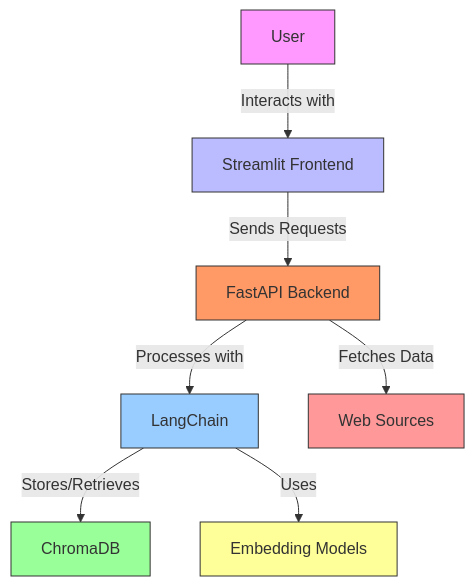
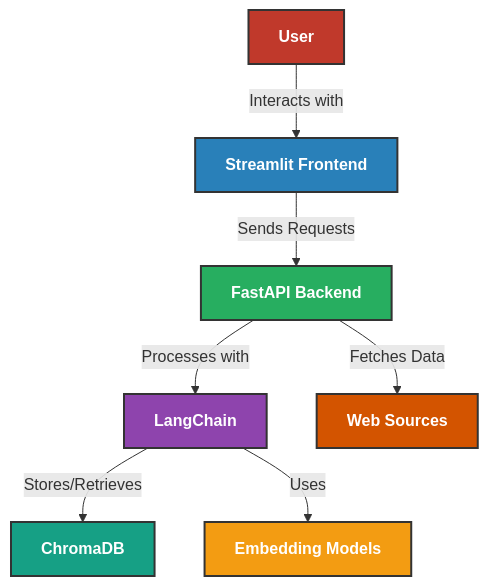
One commit to Abhiprameesh/AI-Web-Intelligence-Research-Assistant changed the diagram in README.md. Above: the diagram before and after it, drawn with Mermaid. The commit also changed 1 other file, not shown here.

Commit message:
everything is added along with the readme

````diff
--- a/README.md
+++ b/README.md
@@ -26,17 +26,17 @@
 ```mermaid
 graph TD
     A[User] -->|Interacts with| B[Streamlit Frontend]
     B -->|Sends Requests| C[FastAPI Backend]
     C -->|Processes with| D[LangChain]
     D -->|Stores/Retrieves| E[ChromaDB]
     D -->|Uses| F[Embedding Models]
     C -->|Fetches Data| G[Web Sources]
     
-    style A fill:#f9f,stroke:#333
-    style B fill:#bbf,stroke:#333
-    style C fill:#f96,stroke:#333
-    style D fill:#9cf,stroke:#333
-    style E fill:#9f9,stroke:#333
-    style F fill:#ff9,stroke:#333
-    style G fill:#f99,stroke:#333
+    style A fill:#c0392b,stroke:#333,color:white,stroke-width:2px,font-weight:bold
+    style B fill:#2980b9,stroke:#333,color:white,stroke-width:2px,font-weight:bold
+    style C fill:#27ae60,stroke:#333,color:white,stroke-width:2px,font-weight:bold
+    style D fill:#8e44ad,stroke:#333,color:white,stroke-width:2px,font-weight:bold
+    style E fill:#16a085,stroke:#333,color:white,stroke-width:2px,font-weight:bold
+    style F fill:#f39c12,stroke:#333,color:white,stroke-width:2px,font-weight:bold
+    style G fill:#d35400,stroke:#333,color:white,stroke-width:2px,font-weight:bold
 ```
````
